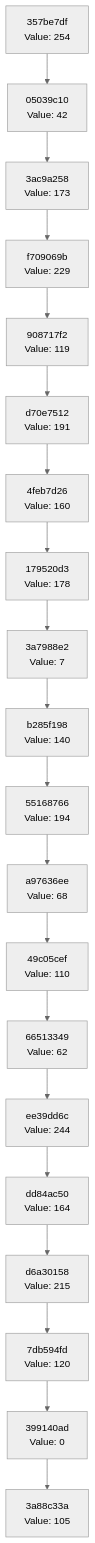
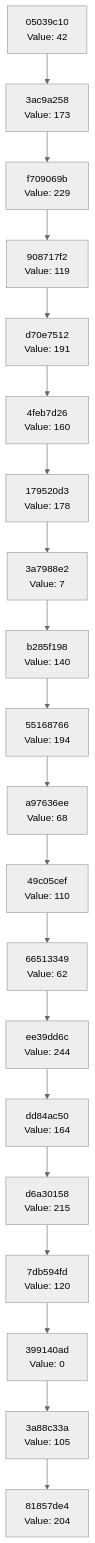
The diagram in docs/CHAIN_VISUALIZATION.md (Abhisheksinha1506/hash-chain-evolver), drawn with Mermaid (neutral theme) before and after one commit. The commit also changed 3 other files, not shown here.

````diff
--- a/docs/CHAIN_VISUALIZATION.md
+++ b/docs/CHAIN_VISUALIZATION.md
@@ -3,42 +3,42 @@
 ```mermaid
 graph TD
-    C0["3a88c33a<br/>Value: 105"]
-    C1["399140ad<br/>Value: 0"]
+    C0["81857de4<br/>Value: 204"]
+    C1["3a88c33a<br/>Value: 105"]
     C1 --> C0
-    C2["7db594fd<br/>Value: 120"]
+    C2["399140ad<br/>Value: 0"]
     C2 --> C1
-    C3["d6a30158<br/>Value: 215"]
+    C3["7db594fd<br/>Value: 120"]
     C3 --> C2
-    C4["dd84ac50<br/>Value: 164"]
+    C4["d6a30158<br/>Value: 215"]
     C4 --> C3
-    C5["ee39dd6c<br/>Value: 244"]
+    C5["dd84ac50<br/>Value: 164"]
     C5 --> C4
-    C6["66513349<br/>Value: 62"]
+    C6["ee39dd6c<br/>Value: 244"]
     C6 --> C5
-    C7["49c05cef<br/>Value: 110"]
+    C7["66513349<br/>Value: 62"]
     C7 --> C6
-    C8["a97636ee<br/>Value: 68"]
+    C8["49c05cef<br/>Value: 110"]
     C8 --> C7
-    C9["55168766<br/>Value: 194"]
+    C9["a97636ee<br/>Value: 68"]
     C9 --> C8
-    C10["b285f198<br/>Value: 140"]
+    C10["55168766<br/>Value: 194"]
     C10 --> C9
-    C11["3a7988e2<br/>Value: 7"]
+    C11["b285f198<br/>Value: 140"]
     C11 --> C10
-    C12["179520d3<br/>Value: 178"]
+    C12["3a7988e2<br/>Value: 7"]
     C12 --> C11
-    C13["4feb7d26<br/>Value: 160"]
+    C13["179520d3<br/>Value: 178"]
     C13 --> C12
-    C14["d70e7512<br/>Value: 191"]
+    C14["4feb7d26<br/>Value: 160"]
     C14 --> C13
-    C15["908717f2<br/>Value: 119"]
+    C15["d70e7512<br/>Value: 191"]
     C15 --> C14
-    C16["f709069b<br/>Value: 229"]
+    C16["908717f2<br/>Value: 119"]
     C16 --> C15
-    C17["3ac9a258<br/>Value: 173"]
+    C17["f709069b<br/>Value: 229"]
     C17 --> C16
-    C18["05039c10<br/>Value: 42"]
+    C18["3ac9a258<br/>Value: 173"]
     C18 --> C17
-    C19["357be7df<br/>Value: 254"]
+    C19["05039c10<br/>Value: 42"]
     C19 --> C18
 ```
````
